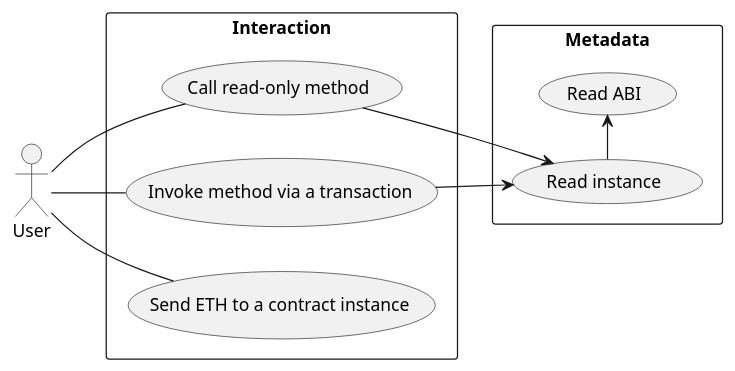
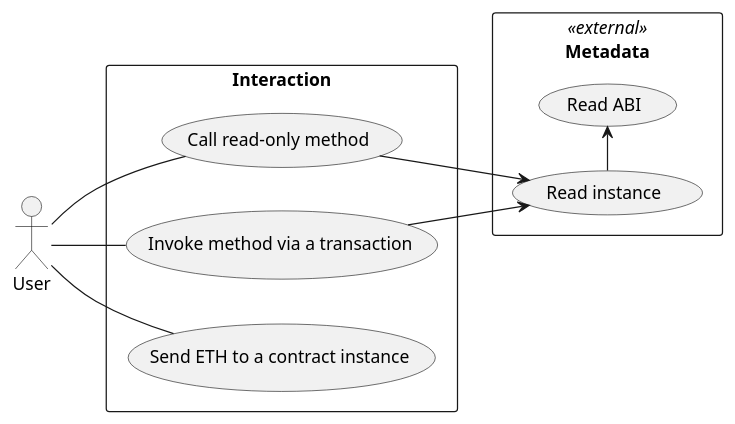
Before and after one commit to trufflesuite/artifact-updates: the fourth of 7 diagrams in docs/use-cases.rst, drawn with PlantUML. The commit also changed other lines of this file, not shown here.

```diff
--- a/docs/use-cases.rst
+++ b/docs/use-cases.rst
@@ -178,24 +178,24 @@
 .. uml::
 
   left to right direction
 
   :User: as :User:
 
-  rectangle Metadata {
+  rectangle Metadata << external >> {
     (Read ABI) as (ReadABI)
     (Read instance) as (ReadInstance)
     (ReadInstance) -> ReadABI
   }
 
   rectangle Interaction {
     (Call read-only method) as (Call)
     (Invoke method via a transaction) as (SendTransaction)
     (Send ETH to a contract instance) as (Send)
 
     Call --> ReadInstance
     SendTransaction --> ReadInstance
   }
 
   User -- Call
   User -- SendTransaction
   User -- Send
```
